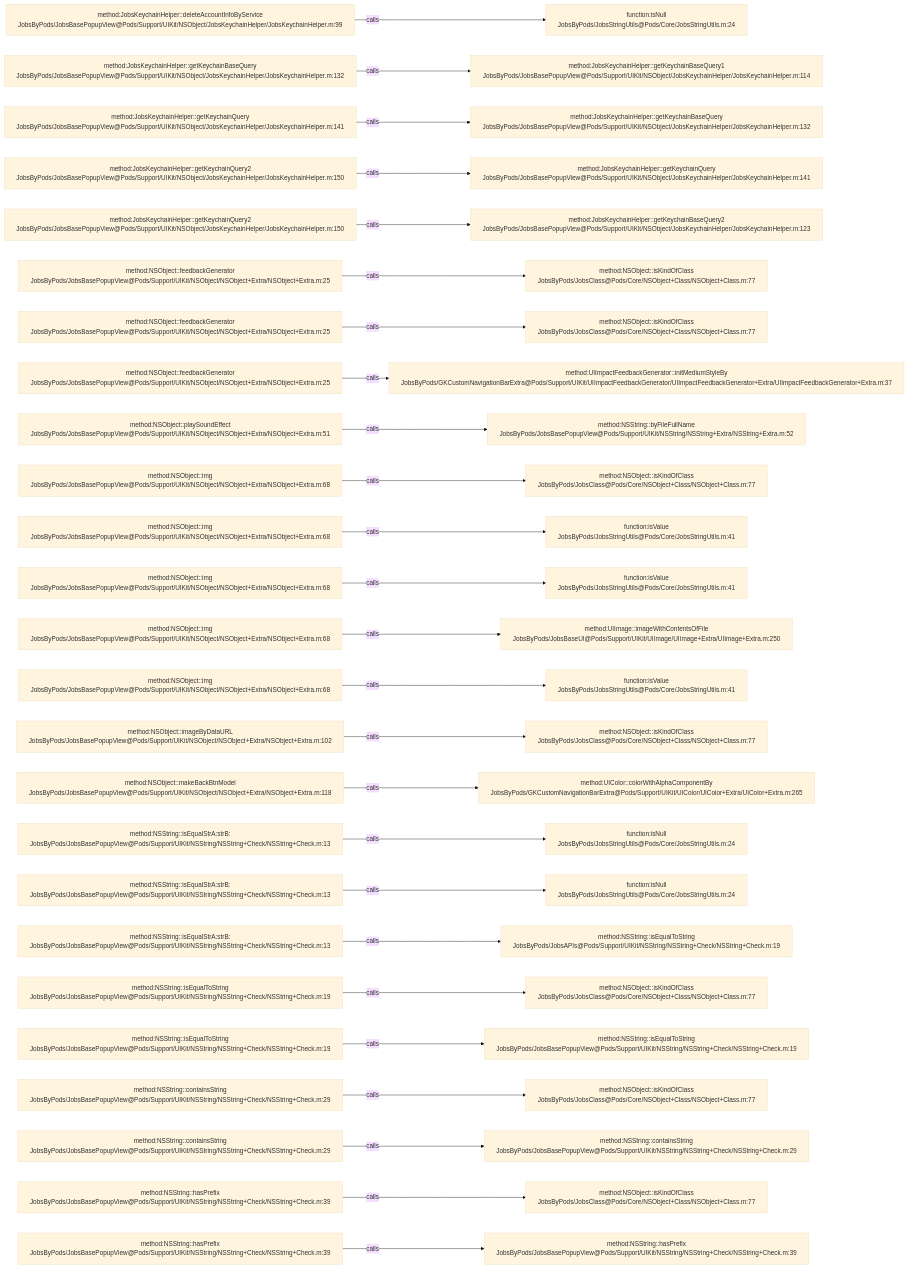
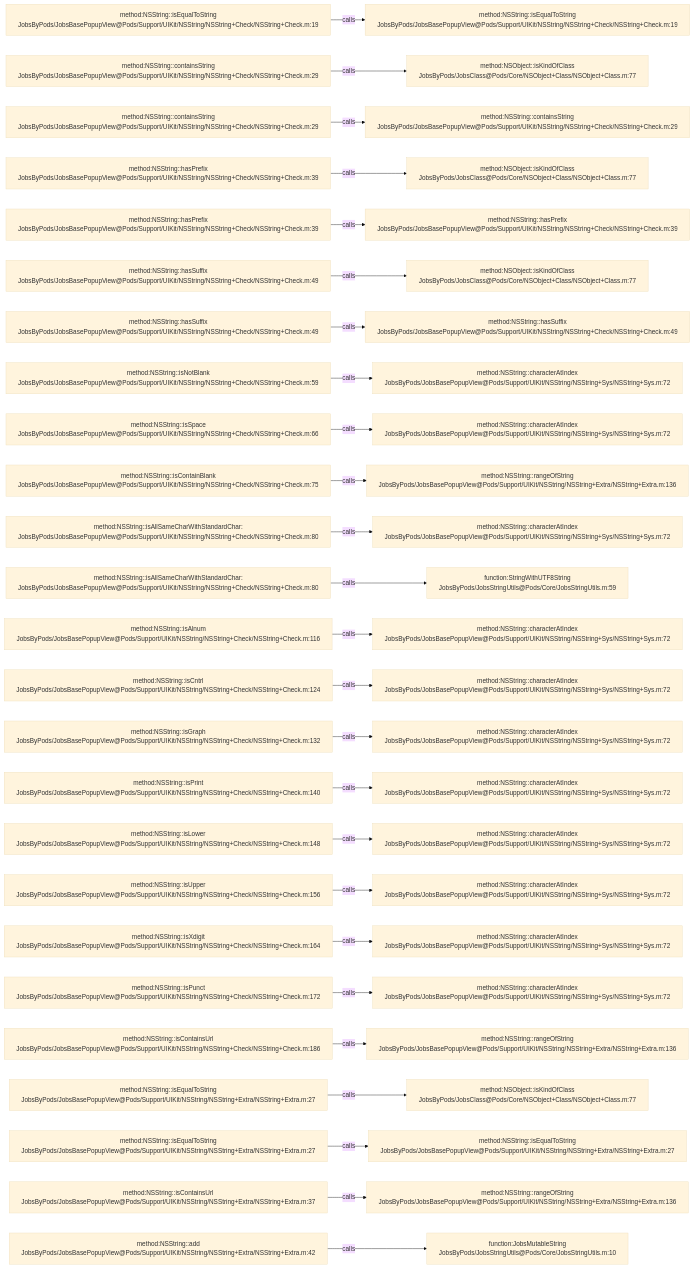
One commit to JobsKits/JobsOCBaseConfigDemo changed the diagram in .codegraph/codegraph.md/graphs/calls-019.md. Above: the diagram before and after it, drawn with Mermaid (base theme). The commit also changed 639 other files, not shown here.

````diff
--- a/.codegraph/codegraph.md/graphs/calls-019.md
+++ b/.codegraph/codegraph.md/graphs/calls-019.md
@@ -13,78 +13,78 @@
 ```mermaid
 flowchart LR
-  S1["method:JobsKeychainHelper::deleteAccountInfoByService<br/>JobsByPods/JobsBasePopupView@Pods/Support/UIKit/NSObject/JobsKeychainHelper/JobsKeychainHelper.m:99"]
-  T1["function:isNull<br/>JobsByPods/JobsStringUtils@Pods/Core/JobsStringUtils.m:24"]
+  S1["method:NSString::isEqualToString<br/>JobsByPods/JobsBasePopupView@Pods/Support/UIKit/NSString/NSString+Check/NSString+Check.m:19"]
+  T1["method:NSString::isEqualToString<br/>JobsByPods/JobsBasePopupView@Pods/Support/UIKit/NSString/NSString+Check/NSString+Check.m:19"]
   S1 -->|calls| T1
-  S2["method:JobsKeychainHelper::getKeychainBaseQuery<br/>JobsByPods/JobsBasePopupView@Pods/Support/UIKit/NSObject/JobsKeychainHelper/JobsKeychainHelper.m:132"]
-  T2["method:JobsKeychainHelper::getKeychainBaseQuery1<br/>JobsByPods/JobsBasePopupView@Pods/Support/UIKit/NSObject/JobsKeychainHelper/JobsKeychainHelper.m:114"]
+  S2["method:NSString::containsString<br/>JobsByPods/JobsBasePopupView@Pods/Support/UIKit/NSString/NSString+Check/NSString+Check.m:29"]
+  T2["method:NSObject::isKindOfClass<br/>JobsByPods/JobsClass@Pods/Core/NSObject+Class/NSObject+Class.m:77"]
   S2 -->|calls| T2
-  S3["method:JobsKeychainHelper::getKeychainQuery<br/>JobsByPods/JobsBasePopupView@Pods/Support/UIKit/NSObject/JobsKeychainHelper/JobsKeychainHelper.m:141"]
-  T3["method:JobsKeychainHelper::getKeychainBaseQuery<br/>JobsByPods/JobsBasePopupView@Pods/Support/UIKit/NSObject/JobsKeychainHelper/JobsKeychainHelper.m:132"]
+  S3["method:NSString::containsString<br/>JobsByPods/JobsBasePopupView@Pods/Support/UIKit/NSString/NSString+Check/NSString+Check.m:29"]
+  T3["method:NSString::containsString<br/>JobsByPods/JobsBasePopupView@Pods/Support/UIKit/NSString/NSString+Check/NSString+Check.m:29"]
   S3 -->|calls| T3
-  S4["method:JobsKeychainHelper::getKeychainQuery2<br/>JobsByPods/JobsBasePopupView@Pods/Support/UIKit/NSObject/JobsKeychainHelper/JobsKeychainHelper.m:150"]
-  T4["method:JobsKeychainHelper::getKeychainQuery<br/>JobsByPods/JobsBasePopupView@Pods/Support/UIKit/NSObject/JobsKeychainHelper/JobsKeychainHelper.m:141"]
+  S4["method:NSString::hasPrefix<br/>JobsByPods/JobsBasePopupView@Pods/Support/UIKit/NSString/NSString+Check/NSString+Check.m:39"]
+  T4["method:NSObject::isKindOfClass<br/>JobsByPods/JobsClass@Pods/Core/NSObject+Class/NSObject+Class.m:77"]
   S4 -->|calls| T4
-  S5["method:JobsKeychainHelper::getKeychainQuery2<br/>JobsByPods/JobsBasePopupView@Pods/Support/UIKit/NSObject/JobsKeychainHelper/JobsKeychainHelper.m:150"]
-  T5["method:JobsKeychainHelper::getKeychainBaseQuery2<br/>JobsByPods/JobsBasePopupView@Pods/Support/UIKit/NSObject/JobsKeychainHelper/JobsKeychainHelper.m:123"]
+  S5["method:NSString::hasPrefix<br/>JobsByPods/JobsBasePopupView@Pods/Support/UIKit/NSString/NSString+Check/NSString+Check.m:39"]
+  T5["method:NSString::hasPrefix<br/>JobsByPods/JobsBasePopupView@Pods/Support/UIKit/NSString/NSString+Check/NSString+Check.m:39"]
   S5 -->|calls| T5
-  S6["method:NSObject::feedbackGenerator<br/>JobsByPods/JobsBasePopupView@Pods/Support/UIKit/NSObject/NSObject+Extra/NSObject+Extra.m:25"]
+  S6["method:NSString::hasSuffix<br/>JobsByPods/JobsBasePopupView@Pods/Support/UIKit/NSString/NSString+Check/NSString+Check.m:49"]
   T6["method:NSObject::isKindOfClass<br/>JobsByPods/JobsClass@Pods/Core/NSObject+Class/NSObject+Class.m:77"]
   S6 -->|calls| T6
-  S7["method:NSObject::feedbackGenerator<br/>JobsByPods/JobsBasePopupView@Pods/Support/UIKit/NSObject/NSObject+Extra/NSObject+Extra.m:25"]
-  T7["method:NSObject::isKindOfClass<br/>JobsByPods/JobsClass@Pods/Core/NSObject+Class/NSObject+Class.m:77"]
+  S7["method:NSString::hasSuffix<br/>JobsByPods/JobsBasePopupView@Pods/Support/UIKit/NSString/NSString+Check/NSString+Check.m:49"]
+  T7["method:NSString::hasSuffix<br/>JobsByPods/JobsBasePopupView@Pods/Support/UIKit/NSString/NSString+Check/NSString+Check.m:49"]
   S7 -->|calls| T7
-  S8["method:NSObject::feedbackGenerator<br/>JobsByPods/JobsBasePopupView@Pods/Support/UIKit/NSObject/NSObject+Extra/NSObject+Extra.m:25"]
-  T8["method:UIImpactFeedbackGenerator::initMediumStyleBy<br/>JobsByPods/GKCustomNavigationBarExtra@Pods/Support/UIKit/UIImpactFeedbackGenerator/UIImpactFeedbackGenerator+Extra/UIImpactFeedbackGenerator+Extra.m:37"]
+  S8["method:NSString::isNotBlank<br/>JobsByPods/JobsBasePopupView@Pods/Support/UIKit/NSString/NSString+Check/NSString+Check.m:59"]
+  T8["method:NSString::characterAtIndex<br/>JobsByPods/JobsBasePopupView@Pods/Support/UIKit/NSString/NSString+Sys/NSString+Sys.m:72"]
   S8 -->|calls| T8
-  S9["method:NSObject::playSoundEffect<br/>JobsByPods/JobsBasePopupView@Pods/Support/UIKit/NSObject/NSObject+Extra/NSObject+Extra.m:51"]
-  T9["method:NSString::byFileFullName<br/>JobsByPods/JobsBasePopupView@Pods/Support/UIKit/NSString/NSString+Extra/NSString+Extra.m:52"]
+  S9["method:NSString::isSpace<br/>JobsByPods/JobsBasePopupView@Pods/Support/UIKit/NSString/NSString+Check/NSString+Check.m:66"]
+  T9["method:NSString::characterAtIndex<br/>JobsByPods/JobsBasePopupView@Pods/Support/UIKit/NSString/NSString+Sys/NSString+Sys.m:72"]
   S9 -->|calls| T9
-  S10["method:NSObject::img<br/>JobsByPods/JobsBasePopupView@Pods/Support/UIKit/NSObject/NSObject+Extra/NSObject+Extra.m:68"]
-  T10["method:NSObject::isKindOfClass<br/>JobsByPods/JobsClass@Pods/Core/NSObject+Class/NSObject+Class.m:77"]
+  S10["method:NSString::isContainBlank<br/>JobsByPods/JobsBasePopupView@Pods/Support/UIKit/NSString/NSString+Check/NSString+Check.m:75"]
+  T10["method:NSString::rangeOfString<br/>JobsByPods/JobsBasePopupView@Pods/Support/UIKit/NSString/NSString+Extra/NSString+Extra.m:136"]
   S10 -->|calls| T10
-  S11["method:NSObject::img<br/>JobsByPods/JobsBasePopupView@Pods/Support/UIKit/NSObject/NSObject+Extra/NSObject+Extra.m:68"]
-  T11["function:isValue<br/>JobsByPods/JobsStringUtils@Pods/Core/JobsStringUtils.m:41"]
+  S11["method:NSString::isAllSameCharWithStandardChar:<br/>JobsByPods/JobsBasePopupView@Pods/Support/UIKit/NSString/NSString+Check/NSString+Check.m:80"]
+  T11["method:NSString::characterAtIndex<br/>JobsByPods/JobsBasePopupView@Pods/Support/UIKit/NSString/NSString+Sys/NSString+Sys.m:72"]
   S11 -->|calls| T11
-  S12["method:NSObject::img<br/>JobsByPods/JobsBasePopupView@Pods/Support/UIKit/NSObject/NSObject+Extra/NSObject+Extra.m:68"]
-  T12["function:isValue<br/>JobsByPods/JobsStringUtils@Pods/Core/JobsStringUtils.m:41"]
+  S12["method:NSString::isAllSameCharWithStandardChar:<br/>JobsByPods/JobsBasePopupView@Pods/Support/UIKit/NSString/NSString+Check/NSString+Check.m:80"]
+  T12["function:StringWithUTF8String<br/>JobsByPods/JobsStringUtils@Pods/Core/JobsStringUtils.m:59"]
   S12 -->|calls| T12
-  S13["method:NSObject::img<br/>JobsByPods/JobsBasePopupView@Pods/Support/UIKit/NSObject/NSObject+Extra/NSObject+Extra.m:68"]
-  T13["method:UIImage::imageWithContentsOfFile<br/>JobsByPods/JobsBaseUI@Pods/Support/UIKit/UIImage/UIImage+Extra/UIImage+Extra.m:250"]
+  S13["method:NSString::isAlnum<br/>JobsByPods/JobsBasePopupView@Pods/Support/UIKit/NSString/NSString+Check/NSString+Check.m:116"]
+  T13["method:NSString::characterAtIndex<br/>JobsByPods/JobsBasePopupView@Pods/Support/UIKit/NSString/NSString+Sys/NSString+Sys.m:72"]
   S13 -->|calls| T13
-  S14["method:NSObject::img<br/>JobsByPods/JobsBasePopupView@Pods/Support/UIKit/NSObject/NSObject+Extra/NSObject+Extra.m:68"]
-  T14["function:isValue<br/>JobsByPods/JobsStringUtils@Pods/Core/JobsStringUtils.m:41"]
+  S14["method:NSString::isCntrl<br/>JobsByPods/JobsBasePopupView@Pods/Support/UIKit/NSString/NSString+Check/NSString+Check.m:124"]
+  T14["method:NSString::characterAtIndex<br/>JobsByPods/JobsBasePopupView@Pods/Support/UIKit/NSString/NSString+Sys/NSString+Sys.m:72"]
   S14 -->|calls| T14
-  S15["method:NSObject::imageByDataURL<br/>JobsByPods/JobsBasePopupView@Pods/Support/UIKit/NSObject/NSObject+Extra/NSObject+Extra.m:102"]
-  T15["method:NSObject::isKindOfClass<br/>JobsByPods/JobsClass@Pods/Core/NSObject+Class/NSObject+Class.m:77"]
+  S15["method:NSString::isGraph<br/>JobsByPods/JobsBasePopupView@Pods/Support/UIKit/NSString/NSString+Check/NSString+Check.m:132"]
+  T15["method:NSString::characterAtIndex<br/>JobsByPods/JobsBasePopupView@Pods/Support/UIKit/NSString/NSString+Sys/NSString+Sys.m:72"]
   S15 -->|calls| T15
-  S16["method:NSObject::makeBackBtnModel<br/>JobsByPods/JobsBasePopupView@Pods/Support/UIKit/NSObject/NSObject+Extra/NSObject+Extra.m:118"]
-  T16["method:UIColor::colorWithAlphaComponentBy<br/>JobsByPods/GKCustomNavigationBarExtra@Pods/Support/UIKit/UIColor/UIColor+Extra/UIColor+Extra.m:265"]
+  S16["method:NSString::isPrint<br/>JobsByPods/JobsBasePopupView@Pods/Support/UIKit/NSString/NSString+Check/NSString+Check.m:140"]
+  T16["method:NSString::characterAtIndex<br/>JobsByPods/JobsBasePopupView@Pods/Support/UIKit/NSString/NSString+Sys/NSString+Sys.m:72"]
   S16 -->|calls| T16
-  S17["method:NSString::isEqualStrA:strB:<br/>JobsByPods/JobsBasePopupView@Pods/Support/UIKit/NSString/NSString+Check/NSString+Check.m:13"]
-  T17["function:isNull<br/>JobsByPods/JobsStringUtils@Pods/Core/JobsStringUtils.m:24"]
+  S17["method:NSString::isLower<br/>JobsByPods/JobsBasePopupView@Pods/Support/UIKit/NSString/NSString+Check/NSString+Check.m:148"]
+  T17["method:NSString::characterAtIndex<br/>JobsByPods/JobsBasePopupView@Pods/Support/UIKit/NSString/NSString+Sys/NSString+Sys.m:72"]
   S17 -->|calls| T17
-  S18["method:NSString::isEqualStrA:strB:<br/>JobsByPods/JobsBasePopupView@Pods/Support/UIKit/NSString/NSString+Check/NSString+Check.m:13"]
-  T18["function:isNull<br/>JobsByPods/JobsStringUtils@Pods/Core/JobsStringUtils.m:24"]
+  S18["method:NSString::isUpper<br/>JobsByPods/JobsBasePopupView@Pods/Support/UIKit/NSString/NSString+Check/NSString+Check.m:156"]
+  T18["method:NSString::characterAtIndex<br/>JobsByPods/JobsBasePopupView@Pods/Support/UIKit/NSString/NSString+Sys/NSString+Sys.m:72"]
   S18 -->|calls| T18
-  S19["method:NSString::isEqualStrA:strB:<br/>JobsByPods/JobsBasePopupView@Pods/Support/UIKit/NSString/NSString+Check/NSString+Check.m:13"]
-  T19["method:NSString::isEqualToString<br/>JobsByPods/JobsAPIs@Pods/Support/UIKit/NSString/NSString+Check/NSString+Check.m:19"]
+  S19["method:NSString::isXdigit<br/>JobsByPods/JobsBasePopupView@Pods/Support/UIKit/NSString/NSString+Check/NSString+Check.m:164"]
+  T19["method:NSString::characterAtIndex<br/>JobsByPods/JobsBasePopupView@Pods/Support/UIKit/NSString/NSString+Sys/NSString+Sys.m:72"]
   S19 -->|calls| T19
-  S20["method:NSString::isEqualToString<br/>JobsByPods/JobsBasePopupView@Pods/Support/UIKit/NSString/NSString+Check/NSString+Check.m:19"]
-  T20["method:NSObject::isKindOfClass<br/>JobsByPods/JobsClass@Pods/Core/NSObject+Class/NSObject+Class.m:77"]
+  S20["method:NSString::isPunct<br/>JobsByPods/JobsBasePopupView@Pods/Support/UIKit/NSString/NSString+Check/NSString+Check.m:172"]
+  T20["method:NSString::characterAtIndex<br/>JobsByPods/JobsBasePopupView@Pods/Support/UIKit/NSString/NSString+Sys/NSString+Sys.m:72"]
   S20 -->|calls| T20
-  S21["method:NSString::isEqualToString<br/>JobsByPods/JobsBasePopupView@Pods/Support/UIKit/NSString/NSString+Check/NSString+Check.m:19"]
-  T21["method:NSString::isEqualToString<br/>JobsByPods/JobsBasePopupView@Pods/Support/UIKit/NSString/NSString+Check/NSString+Check.m:19"]
+  S21["method:NSString::isContainsUrl<br/>JobsByPods/JobsBasePopupView@Pods/Support/UIKit/NSString/NSString+Check/NSString+Check.m:186"]
+  T21["method:NSString::rangeOfString<br/>JobsByPods/JobsBasePopupView@Pods/Support/UIKit/NSString/NSString+Extra/NSString+Extra.m:136"]
   S21 -->|calls| T21
-  S22["method:NSString::containsString<br/>JobsByPods/JobsBasePopupView@Pods/Support/UIKit/NSString/NSString+Check/NSString+Check.m:29"]
+  S22["method:NSString::isEqualToString<br/>JobsByPods/JobsBasePopupView@Pods/Support/UIKit/NSString/NSString+Extra/NSString+Extra.m:27"]
   T22["method:NSObject::isKindOfClass<br/>JobsByPods/JobsClass@Pods/Core/NSObject+Class/NSObject+Class.m:77"]
   S22 -->|calls| T22
-  S23["method:NSString::containsString<br/>JobsByPods/JobsBasePopupView@Pods/Support/UIKit/NSString/NSString+Check/NSString+Check.m:29"]
-  T23["method:NSString::containsString<br/>JobsByPods/JobsBasePopupView@Pods/Support/UIKit/NSString/NSString+Check/NSString+Check.m:29"]
+  S23["method:NSString::isEqualToString<br/>JobsByPods/JobsBasePopupView@Pods/Support/UIKit/NSString/NSString+Extra/NSString+Extra.m:27"]
+  T23["method:NSString::isEqualToString<br/>JobsByPods/JobsBasePopupView@Pods/Support/UIKit/NSString/NSString+Extra/NSString+Extra.m:27"]
   S23 -->|calls| T23
-  S24["method:NSString::hasPrefix<br/>JobsByPods/JobsBasePopupView@Pods/Support/UIKit/NSString/NSString+Check/NSString+Check.m:39"]
-  T24["method:NSObject::isKindOfClass<br/>JobsByPods/JobsClass@Pods/Core/NSObject+Class/NSObject+Class.m:77"]
+  S24["method:NSString::isContainsUrl<br/>JobsByPods/JobsBasePopupView@Pods/Support/UIKit/NSString/NSString+Extra/NSString+Extra.m:37"]
+  T24["method:NSString::rangeOfString<br/>JobsByPods/JobsBasePopupView@Pods/Support/UIKit/NSString/NSString+Extra/NSString+Extra.m:136"]
   S24 -->|calls| T24
-  S25["method:NSString::hasPrefix<br/>JobsByPods/JobsBasePopupView@Pods/Support/UIKit/NSString/NSString+Check/NSString+Check.m:39"]
-  T25["method:NSString::hasPrefix<br/>JobsByPods/JobsBasePopupView@Pods/Support/UIKit/NSString/NSString+Check/NSString+Check.m:39"]
+  S25["method:NSString::add<br/>JobsByPods/JobsBasePopupView@Pods/Support/UIKit/NSString/NSString+Extra/NSString+Extra.m:42"]
+  T25["function:JobsMutableString<br/>JobsByPods/JobsStringUtils@Pods/Core/JobsStringUtils.m:10"]
   S25 -->|calls| T25
 ```
````
